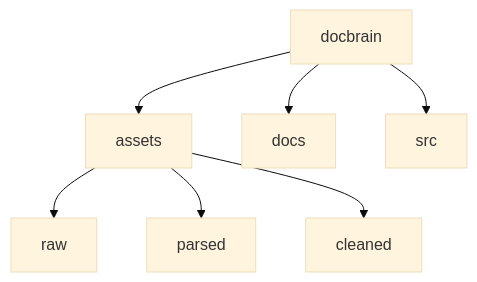
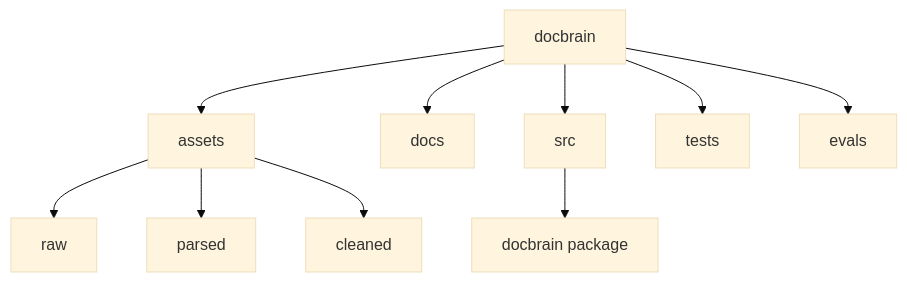
One commit to dadpogu/docbrain changed the diagram in docs/project_structure.md. Above: the diagram before and after it, drawn with Mermaid (base theme). The commit also changed other lines of this file and 44 other files, not shown here.

````diff
--- a/docs/project_structure.md
+++ b/docs/project_structure.md
@@ -7,9 +7,12 @@
 ```mermaid
 graph TD
     docbrain --> assets
     docbrain --> docs
     docbrain --> src
+    docbrain --> tests
+    docbrain --> evals
+    src --> pkg[docbrain package]
     assets --> raw
     assets --> parsed
     assets --> cleaned
 ```
````
